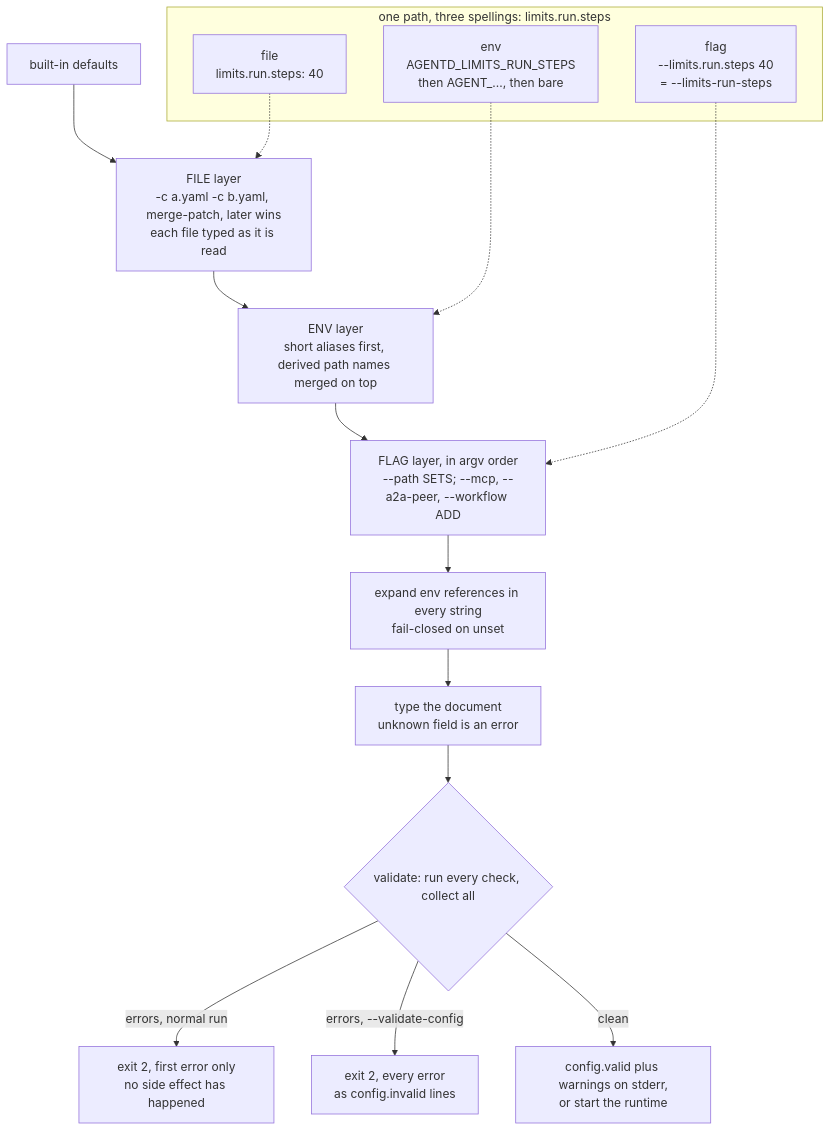
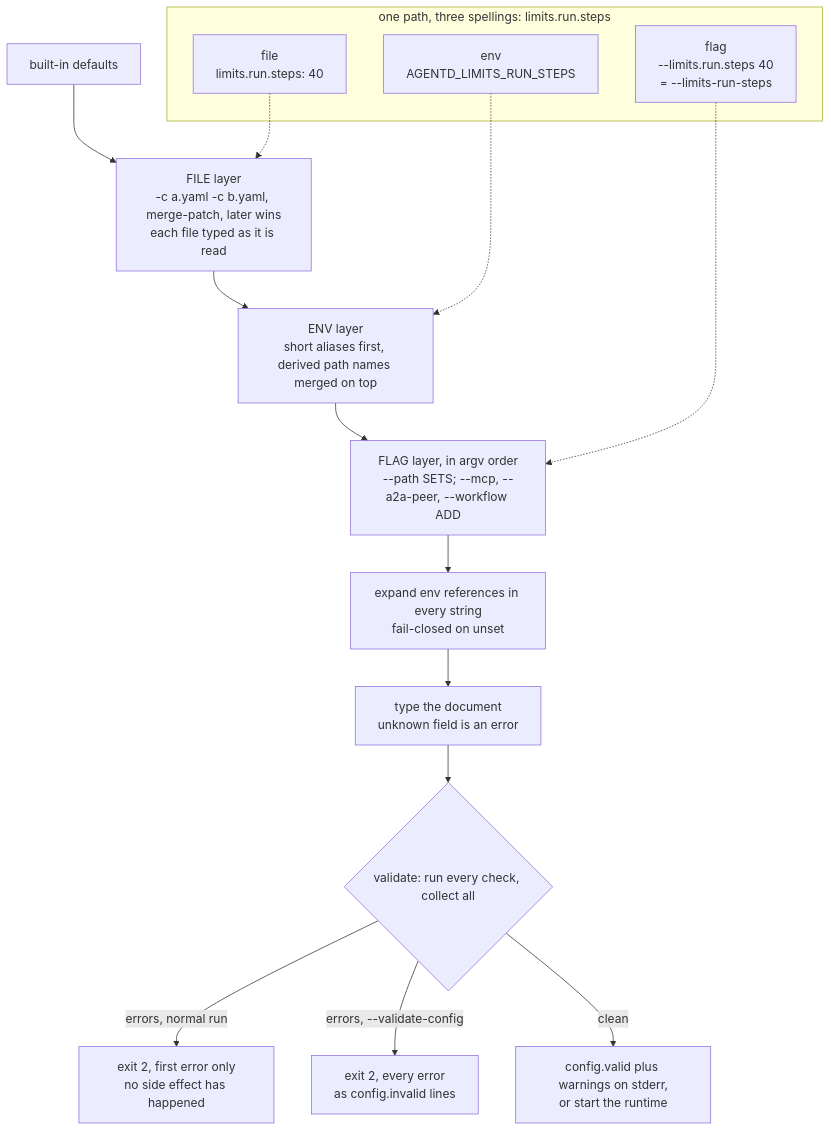
One commit to agentd-dev/source-code changed the first of 3 diagrams in docs/experience.md. Above: the diagram before and after it, drawn with Mermaid. The commit also changed other lines of this file and 39 other files, not shown here.

````diff
--- a/docs/experience.md
+++ b/docs/experience.md
@@ -35,20 +35,20 @@
 ```mermaid
 flowchart TB
   subgraph SPELL["one path, three spellings: limits.run.steps"]
     S1["file<br/>limits.run.steps: 40"]
-    S2["env<br/>AGENTD_LIMITS_RUN_STEPS<br/>then AGENT_..., then bare"]
+    S2["env<br/>AGENTD_LIMITS_RUN_STEPS"]
     S3["flag<br/>--limits.run.steps 40<br/>= --limits-run-steps"]
   end
   D["built-in defaults"] --> F["FILE layer<br/>-c a.yaml -c b.yaml, merge-patch, later wins<br/>each file typed as it is read"]
   S1 -.-> F
   F --> E["ENV layer<br/>short aliases first, derived path names merged on top"]
   S2 -.-> E
   E --> G["FLAG layer, in argv order<br/>--path SETS; --mcp, --a2a-peer, --workflow ADD"]
   S3 -.-> G
   G --> SUB["expand env references in every string<br/>fail-closed on unset"]
   SUB --> T["type the document<br/>unknown field is an error"]
   T --> V{"validate: run every check, collect all"}
   V -- "errors, normal run" --> X2["exit 2, first error only<br/>no side effect has happened"]
   V -- "errors, --validate-config" --> XA["exit 2, every error<br/>as config.invalid lines"]
   V -- "clean" --> OK["config.valid plus warnings on stderr,<br/>or start the runtime"]
 ```
````
